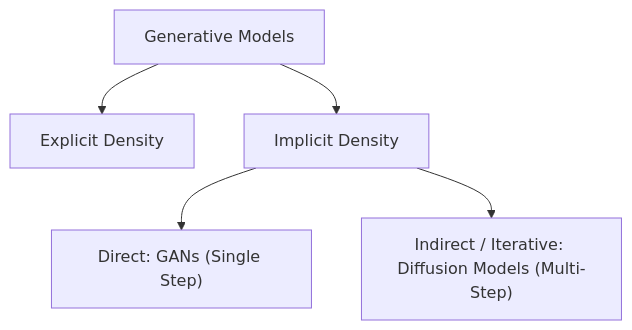
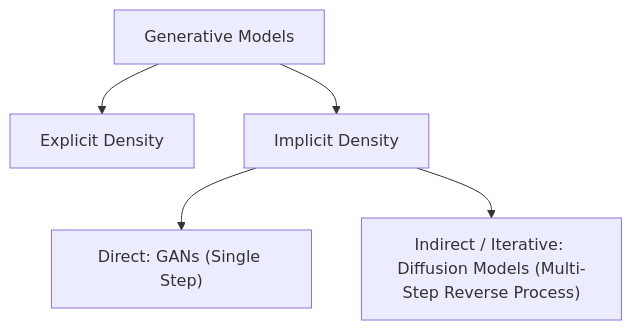
One commit to ghif/IF5152 changed the first of 3 diagrams in generative-models/docs/05_diffusion_probabilistic_models.md. Above: the diagram before and after it, drawn with Mermaid. The commit also changed other lines of this file and 14 other files, not shown here.

````diff
--- a/generative-models/docs/05_diffusion_probabilistic_models.md
+++ b/generative-models/docs/05_diffusion_probabilistic_models.md
@@ -9,7 +11,7 @@
 ```mermaid
 graph TD
     GM["Generative Models"] --> ED["Explicit Density"]
     GM --> ID["Implicit Density"]
     ID --> Direct["Direct: GANs (Single Step)"]
-    ID --> Iterative["Indirect / Iterative: Diffusion Models (Multi-Step)"]
+    ID --> Iterative["Indirect / Iterative: Diffusion Models (Multi-Step Reverse Process)"]
 ```
````
